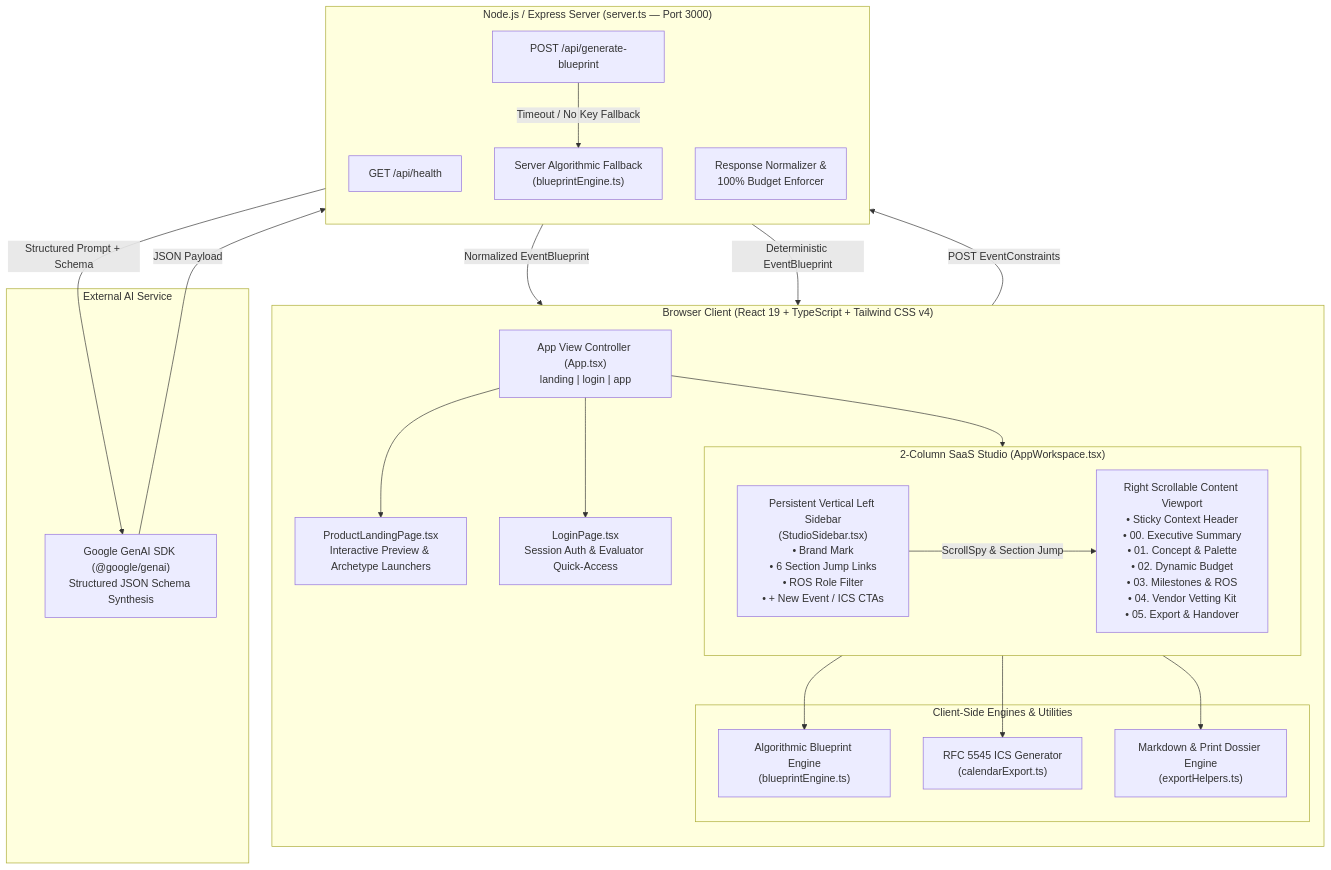
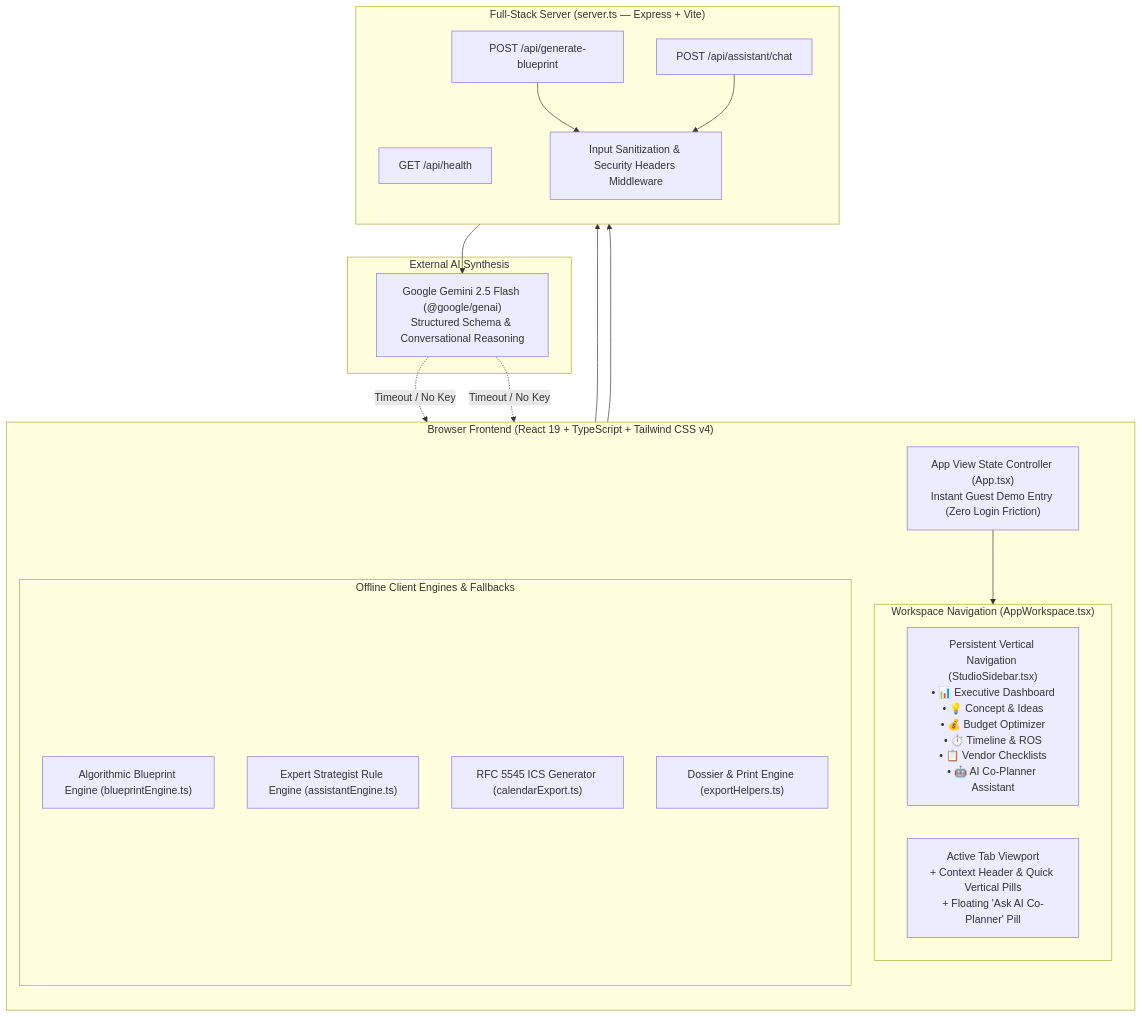
The diagram in README.md (RiyanshiVerma-11/PlanIQ), drawn with Mermaid before and after one commit. The commit also changed other lines of this file and 11 other files, not shown here.

Commit message:
feat: add interactive GenAI planning assistant, streamlined 6-tab studio UX, and hackathon challenge 5 documentation

````diff
--- a/README.md
+++ b/README.md
@@ -29,47 +32,42 @@
 ```mermaid
 flowchart TB
-    subgraph Client["Browser Client (React 19 + TypeScript + Tailwind CSS v4)"]
+    subgraph Client["Browser Frontend (React 19 + TypeScript + Tailwind CSS v4)"]
         direction TB
-        Router["App View Controller (App.tsx)<br/>landing | login | app"]
-        Landing["ProductLandingPage.tsx<br/>Interactive Preview & Archetype Launchers"]
-        Auth["LoginPage.tsx<br/>Session Auth & Evaluator Quick-Access"]
-
-        subgraph Workspace["2-Column SaaS Studio (AppWorkspace.tsx)"]
-            direction LR
-            Sidebar["Persistent Vertical Left Sidebar<br/>(StudioSidebar.tsx)<br/>• Brand Mark<br/>• 6 Section Jump Links<br/>• ROS Role Filter<br/>• + New Event / ICS CTAs"]
-            MainCol["Right Scrollable Content Viewport<br/>• Sticky Context Header<br/>• 00. Executive Summary<br/>• 01. Concept & Palette<br/>• 02. Dynamic Budget<br/>• 03. Milestones & ROS<br/>• 04. Vendor Vetting Kit<br/>• 05. Export & Handover"]
+        AppView["App View State Controller (App.tsx)<br/>Instant Guest Demo Entry (Zero Login Friction)"]
+        
+        subgraph StudioLayout["Workspace Navigation (AppWorkspace.tsx)"]
+            Sidebar["Persistent Vertical Navigation (StudioSidebar.tsx)<br/>• 📊 Executive Dashboard<br/>• 💡 Concept & Ideas<br/>• 💰 Budget Optimizer<br/>• ⏱️ Timeline & ROS<br/>• 📋 Vendor Checklists<br/>• 🤖 AI Co-Planner Assistant"]
+            MainView["Active Tab Viewport<br/>+ Context Header & Quick Vertical Pills<br/>+ Floating 'Ask AI Co-Planner' Pill"]
         end
 
-        subgraph ClientEngines["Client-Side Engines & Utilities"]
-            AlgoClient["Algorithmic Blueprint Engine<br/>(blueprintEngine.ts)"]
-            CalExport["RFC 5545 ICS Generator<br/>(calendarExport.ts)"]
-            DocExport["Markdown & Print Dossier Engine<br/>(exportHelpers.ts)"]
+        subgraph ClientEngines["Offline Client Engines & Fallbacks"]
+            AlgoEngine["Algorithmic Blueprint Engine (blueprintEngine.ts)"]
+            AssistantFallback["Expert Strategist Rule Engine (assistantEngine.ts)"]
+            ICSEngine["RFC 5545 ICS Generator (calendarExport.ts)"]
+            MarkdownEngine["Dossier & Print Engine (exportHelpers.ts)"]
         end
     end
 
-    subgraph Server["Node.js / Express Server (server.ts — Port 3000)"]
+    subgraph Server["Full-Stack Server (server.ts — Express + Vite)"]
         direction TB
-        APIHealth["GET /api/health"]
-        APIGen["POST /api/generate-blueprint"]
-        SchemaValidator["Response Normalizer &<br/>100% Budget Enforcer"]
-        AlgoServer["Server Algorithmic Fallback<br/>(blueprintEngine.ts)"]
+        HealthAPI["GET /api/health"]
+        GenBlueprintAPI["POST /api/generate-blueprint"]
+        AssistantChatAPI["POST /api/assistant/chat"]
+        SecurityMW["Input Sanitization & Security Headers Middleware"]
     end
 
-    subgraph External["External AI Service"]
-        GenAI["Google GenAI SDK (@google/genai)<br/>Structured JSON Schema Synthesis"]
+    subgraph AI["External AI Synthesis"]
+        Gemini["Google Gemini 2.5 Flash (@google/genai)<br/>Structured Schema & Conversational Reasoning"]
     end
 
-    Router --> Landing
-    Router --> Auth
-    Router --> Workspace
-    Sidebar -->|ScrollSpy & Section Jump| MainCol
-    Workspace -->|POST EventConstraints| APIGen
-    Workspace --> AlgoClient
-    Workspace --> CalExport
-    Workspace --> DocExport
-    APIGen -->|Structured Prompt + Schema| GenAI
-    GenAI -->|JSON Payload| SchemaValidator
-    APIGen -->|Timeout / No Key Fallback| AlgoServer
-    SchemaValidator -->|Normalized EventBlueprint| Workspace
-    AlgoServer -->|Deterministic EventBlueprint| Workspace
+    AppView --> StudioLayout
+    StudioLayout --> GenBlueprintAPI
+    StudioLayout --> AssistantChatAPI
+    
+    GenBlueprintAPI --> SecurityMW
+    AssistantChatAPI --> SecurityMW
+    SecurityMW --> Gemini
+    
+    Gemini -.->|Timeout / No Key| AlgoEngine
+    Gemini -.->|Timeout / No Key| AssistantFallback
 ```
````
